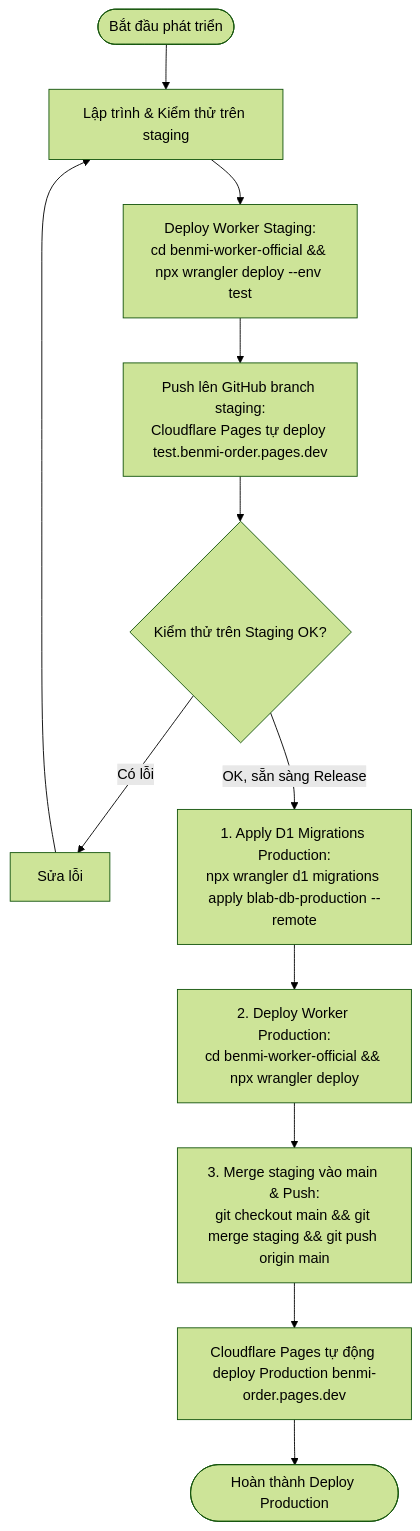
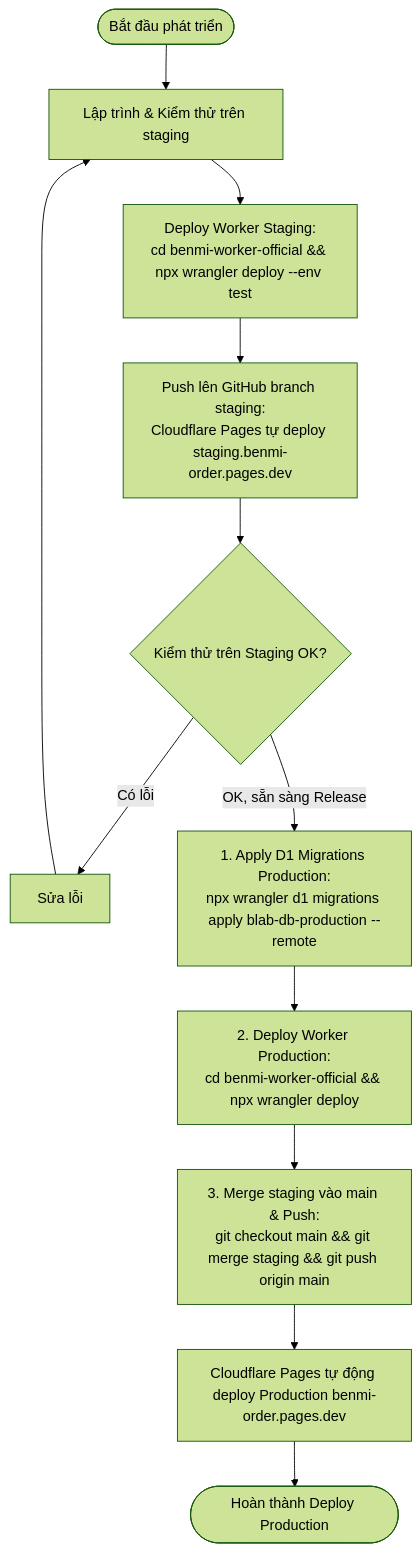
The second of 2 diagrams in README.md (Thuanmai56/benmi-order), drawn with Mermaid (forest theme) before and after one commit. The commit also changed other lines of this file, not shown here.

Commit message:
docs: update staging URL to staging.benmi-order.pages.dev

````diff
--- a/README.md
+++ b/README.md
@@ -71,16 +71,16 @@
 ```mermaid
 flowchart TD
     Start([Bắt đầu phát triển]) --> CodeChange[Lập trình & Kiểm thử trên staging]
     CodeChange --> DeployWorkerTest["Deploy Worker Staging:<br>cd benmi-worker-official && npx wrangler deploy --env test"]
-    DeployWorkerTest --> PushStaging["Push lên GitHub branch staging:<br>Cloudflare Pages tự deploy test.benmi-order.pages.dev"]
+    DeployWorkerTest --> PushStaging["Push lên GitHub branch staging:<br>Cloudflare Pages tự deploy staging.benmi-order.pages.dev"]
     PushStaging --> VerifyTest{Kiểm thử trên Staging OK?}
     
     VerifyTest -- Có lỗi --> FixBug[Sửa lỗi]
     FixBug --> CodeChange
     
     VerifyTest -- OK, sẵn sàng Release --> ApplyD1Prod["1. Apply D1 Migrations Production:<br>npx wrangler d1 migrations apply blab-db-production --remote"]
     ApplyD1Prod --> DeployWorkerProd["2. Deploy Worker Production:<br>cd benmi-worker-official && npx wrangler deploy"]
     DeployWorkerProd --> MergeMain["3. Merge staging vào main & Push:<br>git checkout main && git merge staging && git push origin main"]
     MergeMain --> PagesProd["Cloudflare Pages tự động deploy Production benmi-order.pages.dev"]
     PagesProd --> End([Hoàn thành Deploy Production])
 ```
````
